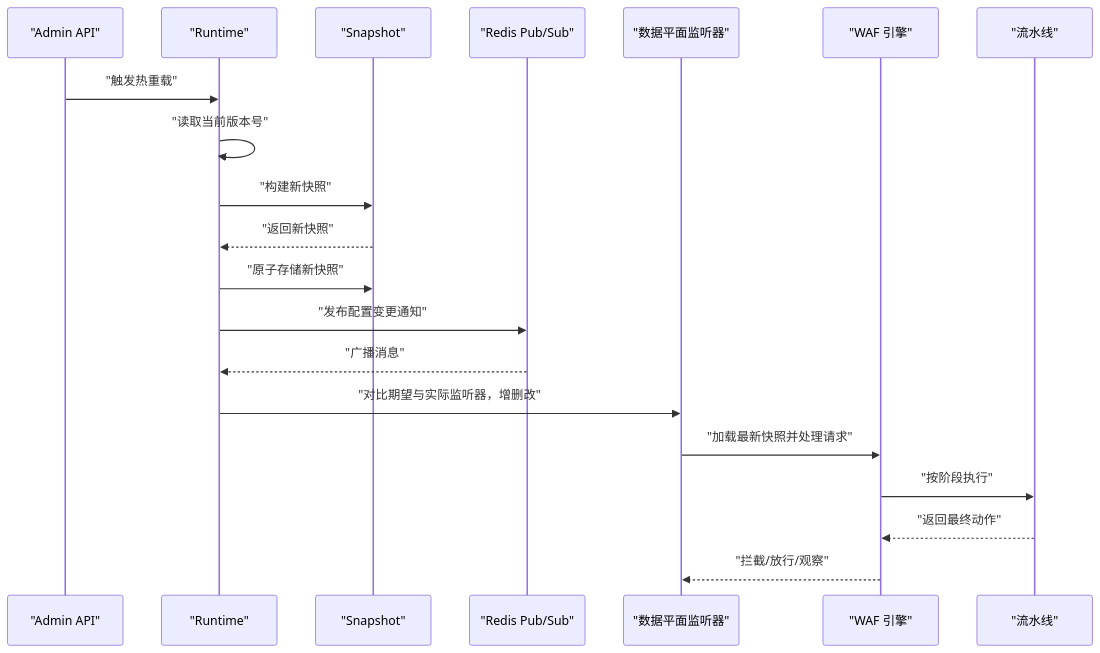
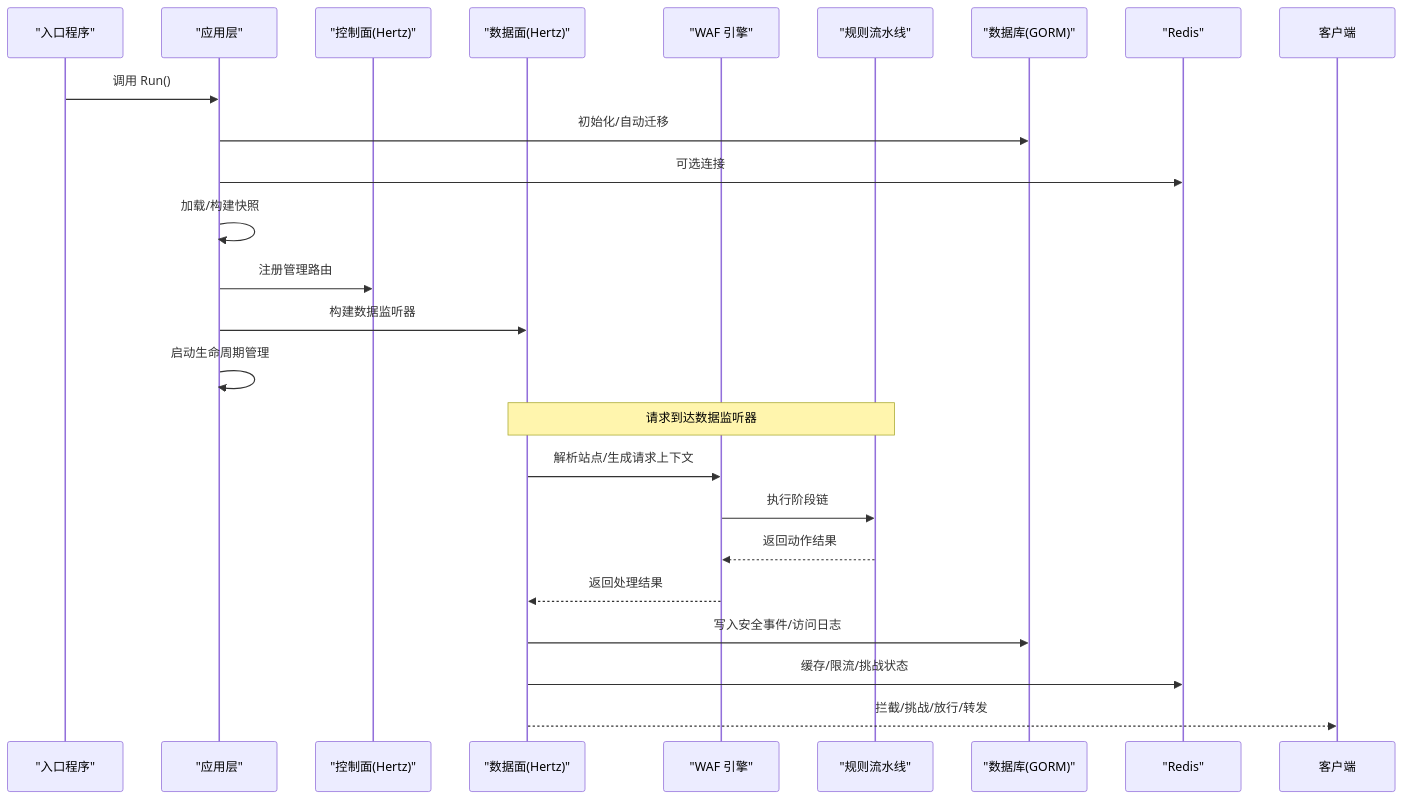
The second of 5 diagrams in docs/项目概述/技术架构.md (x01n/My-OpenWaf), drawn with Mermaid before and after one commit. The commit also changed other lines of this file and 199 other files, not shown here.

````diff
--- a/docs/项目概述/技术架构.md
+++ b/docs/项目概述/技术架构.md
@@ -170,22 +107,26 @@
 ```mermaid
 sequenceDiagram
-participant Admin as "Admin API"
-participant Runtime as "Runtime"
-participant Snap as "Snapshot"
-participant Redis as "Redis Pub/Sub"
-participant Data as "数据平面监听器"
-participant Eng as "WAF 引擎"
-participant Pipe as "流水线"
-Admin->>Runtime : "触发热重载"
-Runtime->>Runtime : "读取当前版本号"
-Runtime->>Snap : "构建新快照"
-Snap-->>Runtime : "返回新快照"
-Runtime->>Snap : "原子存储新快照"
-Runtime->>Redis : "发布配置变更通知"
-Redis-->>Runtime : "广播消息"
-Runtime->>Data : "对比期望与实际监听器，增删改"
-Data->>Eng : "加载最新快照并处理请求"
-Eng->>Pipe : "按阶段执行"
-Pipe-->>Eng : "返回最终动作"
-Eng-->>Data : "拦截/放行/观察"
+participant Entrypoint as "入口程序"
+participant App as "应用层"
+participant Admin as "控制面(Hertz)"
+participant Data as "数据面(Hertz)"
+participant Engine as "WAF 引擎"
+participant Pipeline as "规则流水线"
+participant DB as "数据库(GORM)"
+participant Redis as "Redis"
+Entrypoint->>App : 调用 Run()
+App->>DB : 初始化/自动迁移
+App->>Redis : 可选连接
+App->>App : 加载/构建快照
+App->>Admin : 注册管理路由
+App->>Data : 构建数据监听器
+App->>App : 启动生命周期管理
+Note over Data,Pipeline : 请求到达数据监听器
+Data->>Engine : 解析站点/生成请求上下文
+Engine->>Pipeline : 执行阶段链
+Pipeline-->>Engine : 返回动作结果
+Engine-->>Data : 返回处理结果
+Data->>DB : 写入安全事件/访问日志
+Data->>Redis : 缓存/限流/挑战状态
+Data-->>客户端 : 拦截/挑战/放行/转发
 ```
````
